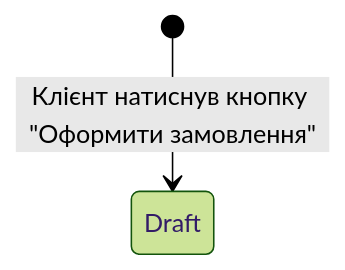
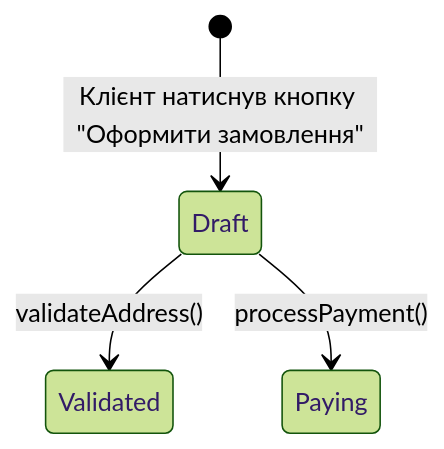
One commit to sofiisunn/KPI changed the diagram in machine.md. Above: the diagram before and after it, drawn with Mermaid (forest theme).

Commit message:
Enhance state diagram with validation and payment states
Added transitions for validating address and processing payment in state diagram.

````diff
--- a/machine.md
+++ b/machine.md
@@ -1,4 +1,7 @@
 ```mermaid
 stateDiagram-v2
     [*] --> Draft : Клієнт натиснув кнопку "Оформити замовлення"
+
+    Draft --> Validated : validateAddress()
+    Draft --> Paying : processPayment()
 ```
````
